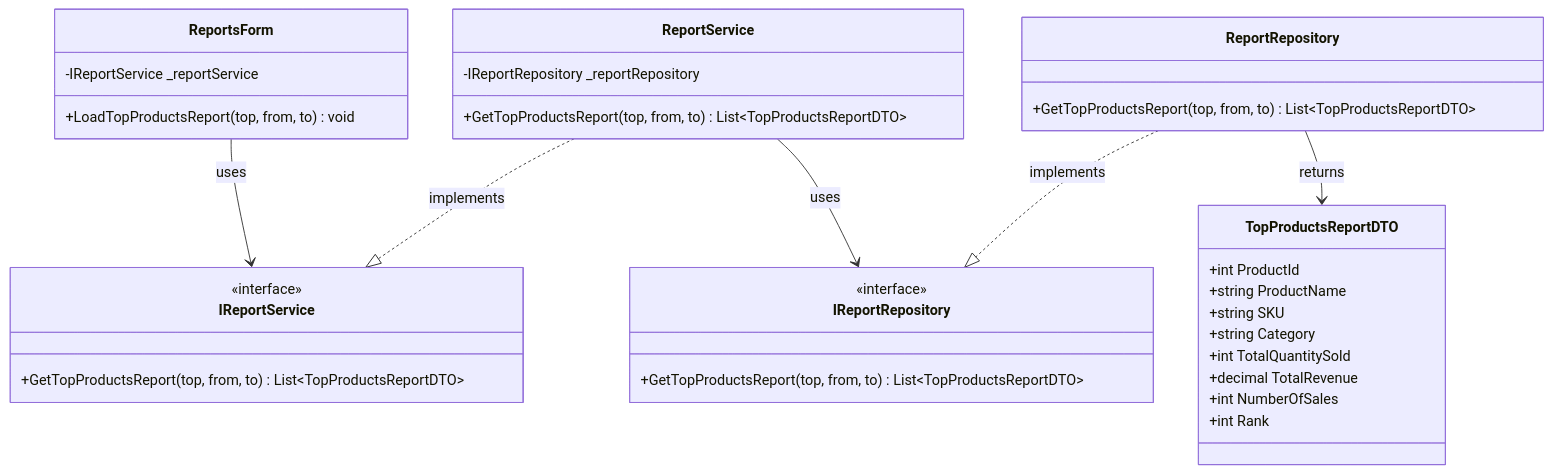
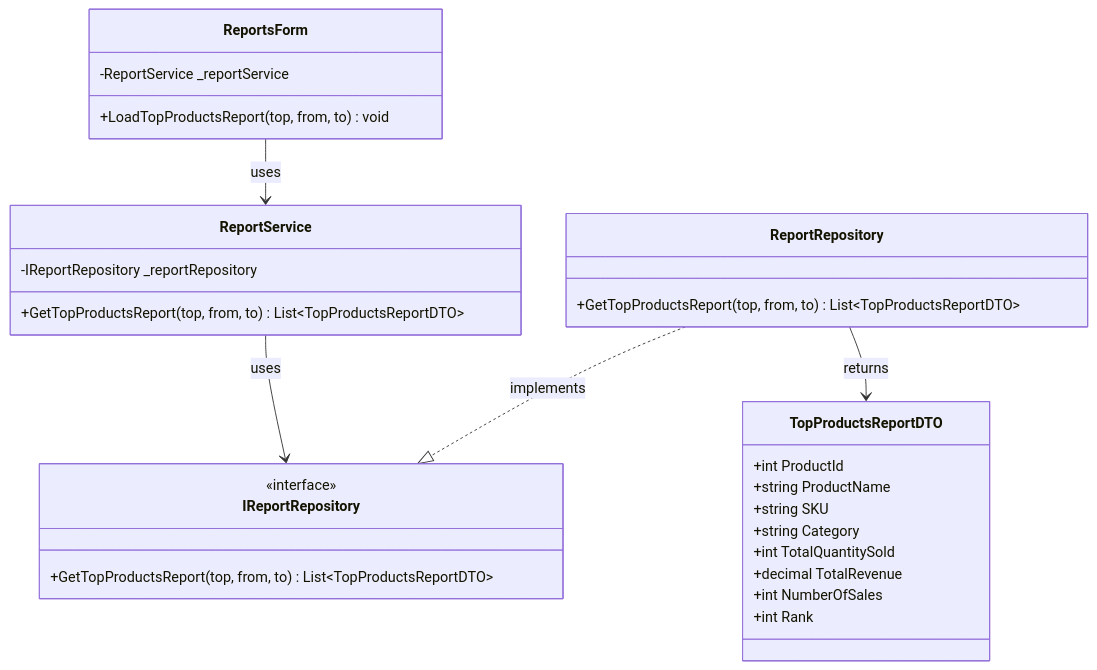
Before and after one commit to nahuk86/tp_diploma_nk_2026: diagram 13 of 14 in Documentation/UML_Diagrams/18_Reports_UseCases.md, drawn with Mermaid. The commit also changed other lines of this file and 5 other files, not shown here.

First line of the commit message:
Fix UML documentation: remove non-existent BLL service interfaces

````diff
--- a/Documentation/UML_Diagrams/18_Reports_UseCases.md
+++ b/Documentation/UML_Diagrams/18_Reports_UseCases.md
@@ -465,43 +429,38 @@
 ```mermaid
 classDiagram
     class ReportsForm {
-        -IReportService _reportService
+        -ReportService _reportService
         +LoadTopProductsReport(top, from, to) void
     }
 
-    class IReportService {
-        <<interface>>
-        +GetTopProductsReport(top, from, to) List~TopProductsReportDTO~
-    }
 
     class ReportService {
         -IReportRepository _reportRepository
         +GetTopProductsReport(top, from, to) List~TopProductsReportDTO~
     }
 
     class IReportRepository {
         <<interface>>
         +GetTopProductsReport(top, from, to) List~TopProductsReportDTO~
     }
 
     class ReportRepository {
         +GetTopProductsReport(top, from, to) List~TopProductsReportDTO~
     }
 
     class TopProductsReportDTO {
         +int ProductId
         +string ProductName
         +string SKU
         +string Category
         +int TotalQuantitySold
         +decimal TotalRevenue
         +int NumberOfSales
         +int Rank
     }
 
-    ReportsForm --> IReportService : uses
-    ReportService ..|> IReportService : implements
+    ReportsForm --> ReportService : uses
     ReportService --> IReportRepository : uses
     ReportRepository ..|> IReportRepository : implements
     ReportRepository --> TopProductsReportDTO : returns
 ```
````
